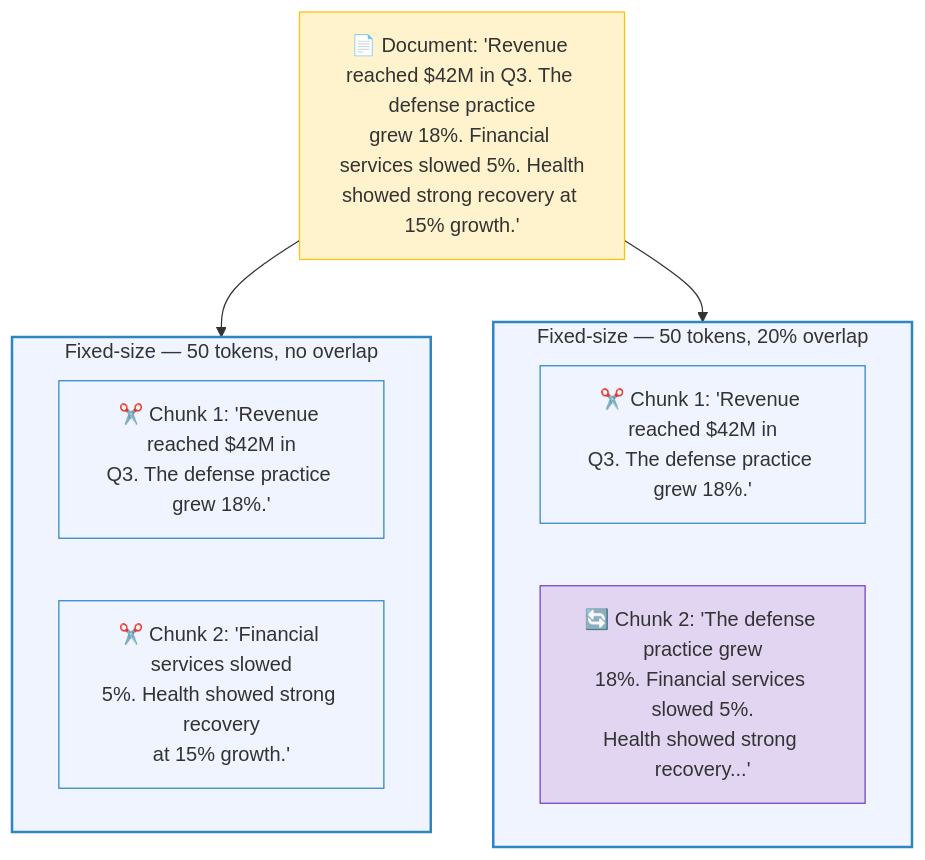
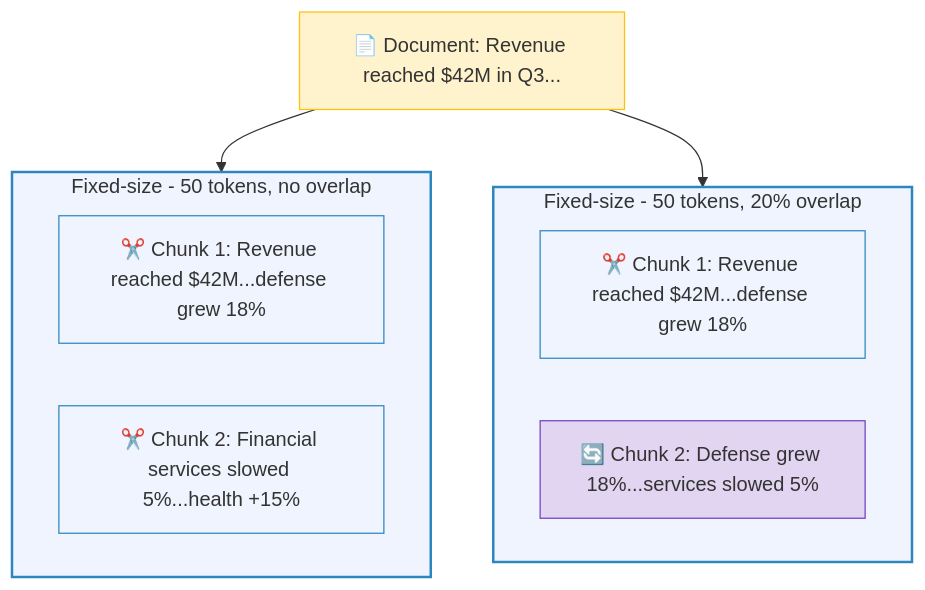
Before and after one commit to ithinktavo/GenAI-Engineering-Handbook: the second of 10 diagrams in docs/04-rag-deep-dive.md, drawn with Mermaid. The commit also changed other lines of this file and 9 other files, not shown here.

First line of the commit message:
Fix Mermaid rendering: remove emoji from subgraph titles and unsupported syntax

````diff
--- a/docs/04-rag-deep-dive.md
+++ b/docs/04-rag-deep-dive.md
@@ -95,25 +95,25 @@
 ```mermaid
 graph TD
-    DOC["📄 Document: 'Revenue reached $42M in Q3. The defense practice\ngrew 18%. Financial services slowed 5%. Health\nshowed strong recovery at 15% growth.'"]
+    DOC["📄 Document: Revenue reached $42M in Q3..."]
 
-    subgraph NO_OL["Fixed-size — 50 tokens, no overlap"]
-        A1["✂️ Chunk 1: 'Revenue reached $42M in\nQ3. The defense practice grew 18%.'"]
-        A2["✂️ Chunk 2: 'Financial services slowed\n5%. Health showed strong recovery\nat 15% growth.'"]
+    subgraph NO_OL["Fixed-size - 50 tokens, no overlap"]
+        A1["✂️ Chunk 1: Revenue reached $42M...defense grew 18%"]
+        A2["✂️ Chunk 2: Financial services slowed 5%...health +15%"]
     end
 
-    subgraph OL["Fixed-size — 50 tokens, 20% overlap"]
-        B1["✂️ Chunk 1: 'Revenue reached $42M in\nQ3. The defense practice grew 18%.'"]
-        B2["🔄 Chunk 2: 'The defense practice grew\n18%. Financial services slowed 5%.\nHealth showed strong recovery...'"]
+    subgraph OL["Fixed-size - 50 tokens, 20% overlap"]
+        B1["✂️ Chunk 1: Revenue reached $42M...defense grew 18%"]
+        B2["🔄 Chunk 2: Defense grew 18%...services slowed 5%"]
     end
 
     DOC --> NO_OL
     DOC --> OL
 
     style DOC fill:#fff3cd,stroke:#ffc107
     style NO_OL fill:#f0f4ff,stroke:#2E86C1,stroke-width:2px
     style OL fill:#f0f4ff,stroke:#2E86C1,stroke-width:2px
     style A1 fill:#f0f4ff,stroke:#2E86C1
     style A2 fill:#f0f4ff,stroke:#2E86C1
     style B1 fill:#f0f4ff,stroke:#2E86C1
     style B2 fill:#e2d5f1,stroke:#6f42c1
 ```
````
